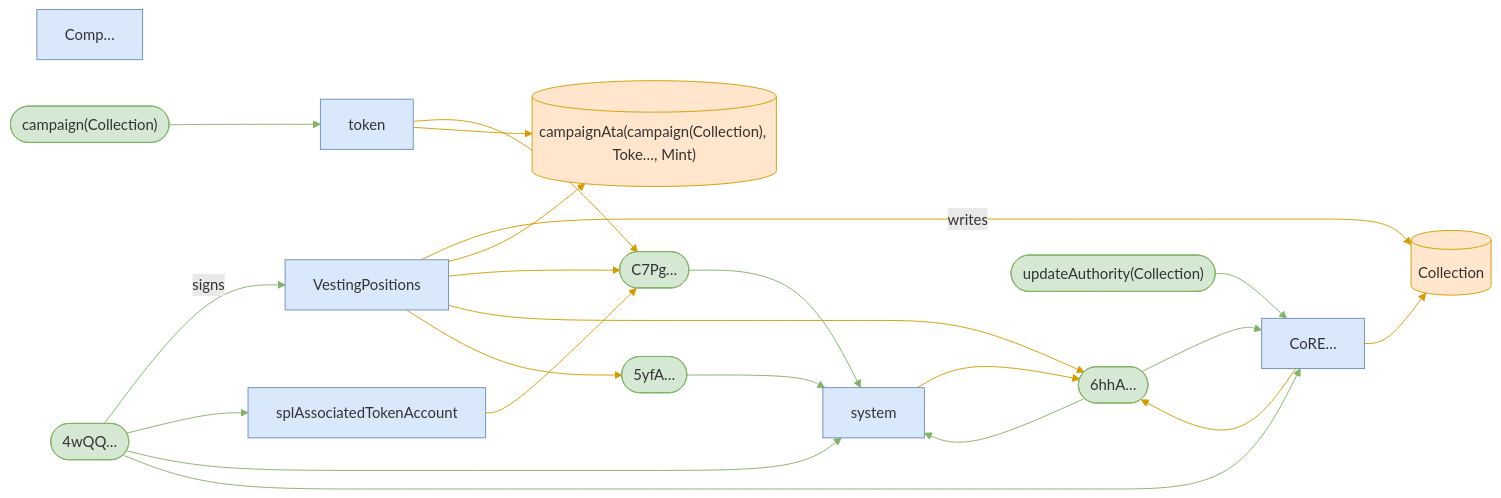
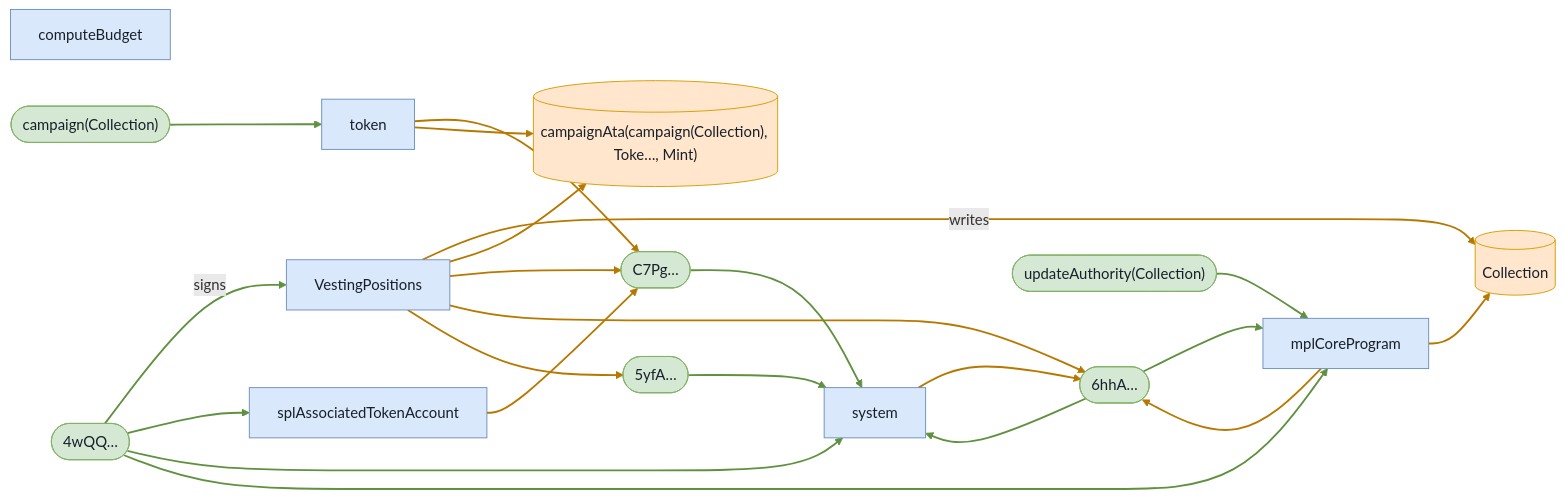
Before and after one commit to cds-turbin3/vesting-position: the fifth of 6 diagrams in babelfish-tests/test-report/at_end_releases_full_allocation.md, drawn with Mermaid. The commit also changed other lines of this file and 106 other files, not shown here.

````diff
--- a/babelfish-tests/test-report/at_end_releases_full_allocation.md
+++ b/babelfish-tests/test-report/at_end_releases_full_allocation.md
@@ -288,43 +286,43 @@
 ```mermaid
 flowchart LR
-    Comp["Comp…"]:::program
+    computeBudget["computeBudget"]:::program
     VestingPositions["VestingPositions"]:::program
     n4wQQ(["4wQQ…"]):::signer
     Collection[("Collection")]:::state
     campaignAtacampaignCollectionTokeMint[("campaignAta(campaign(Collection), Toke…, Mint)")]:::state
     C7Pg(["C7Pg…"]):::signer
     n6hhA(["6hhA…"]):::signer
     n5yfA(["5yfA…"]):::signer
     splAssociatedTokenAccount["splAssociatedTokenAccount"]:::program
     token["token"]:::program
     system["system"]:::program
-    CoRE["CoRE…"]:::program
+    mplCoreProgram["mplCoreProgram"]:::program
     updateAuthorityCollection(["updateAuthority(Collection)"]):::signer
     campaignCollection(["campaign(Collection)"]):::signer
     n4wQQ -->|signs| VestingPositions
     VestingPositions -->|writes| Collection
     VestingPositions --> campaignAtacampaignCollectionTokeMint
     VestingPositions --> C7Pg
     VestingPositions --> n6hhA
     VestingPositions --> n5yfA
     n4wQQ --> splAssociatedTokenAccount
     splAssociatedTokenAccount --> C7Pg
     n4wQQ --> system
     C7Pg --> system
     token --> C7Pg
     n5yfA --> system
-    n6hhA --> CoRE
-    CoRE --> Collection
-    updateAuthorityCollection --> CoRE
-    n4wQQ --> CoRE
+    n6hhA --> mplCoreProgram
+    mplCoreProgram --> Collection
+    updateAuthorityCollection --> mplCoreProgram
+    n4wQQ --> mplCoreProgram
     n6hhA --> system
     system --> n6hhA
     token --> campaignAtacampaignCollectionTokeMint
     campaignCollection --> token
-    CoRE --> n6hhA
-    classDef program fill:#dae8fc,stroke:#6c8ebf;
-    classDef signer fill:#d5e8d4,stroke:#82b366;
-    classDef state fill:#ffe6cc,stroke:#d79b00;
-    linkStyle 0,6,8,9,11,12,14,15,16,19 stroke:#82b366
-    linkStyle 1,2,3,4,5,7,10,13,17,18,20 stroke:#d79b00
+    mplCoreProgram --> n6hhA
+    classDef program fill:#dae8fc,stroke:#6c8ebf,color:#17202a;
+    classDef signer fill:#d5e8d4,stroke:#82b366,color:#17202a;
+    classDef state fill:#ffe6cc,stroke:#d79b00,color:#17202a;
+    linkStyle 0,6,8,9,11,12,14,15,16,19 stroke:#5f913f,stroke-width:2px
+    linkStyle 1,2,3,4,5,7,10,13,17,18,20 stroke:#b87800,stroke-width:2px
 ```
````
